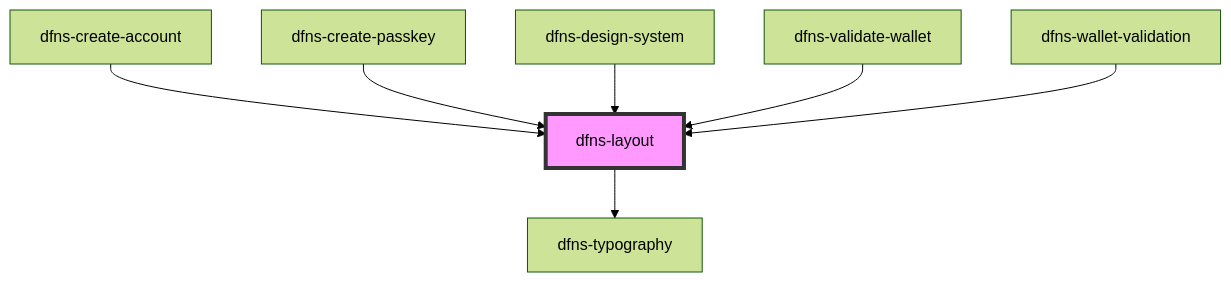
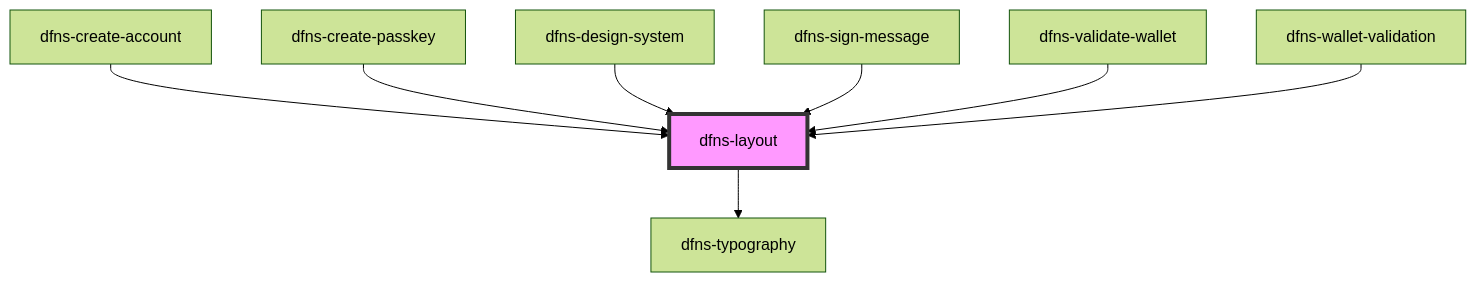
The diagram in src/components/dfns-layout/readme.md (dfnsext/web-ui), drawn with Mermaid (forest theme) before and after one commit. The commit also changed other lines of this file and 17 other files, not shown here.

````diff
--- a/src/components/dfns-layout/readme.md
+++ b/src/components/dfns-layout/readme.md
@@ -34,10 +35,11 @@
 ```mermaid
 graph TD;
   dfns-layout --> dfns-typography
   dfns-create-account --> dfns-layout
   dfns-create-passkey --> dfns-layout
   dfns-design-system --> dfns-layout
+  dfns-sign-message --> dfns-layout
   dfns-validate-wallet --> dfns-layout
   dfns-wallet-validation --> dfns-layout
   style dfns-layout fill:#f9f,stroke:#333,stroke-width:4px
 ```
````
